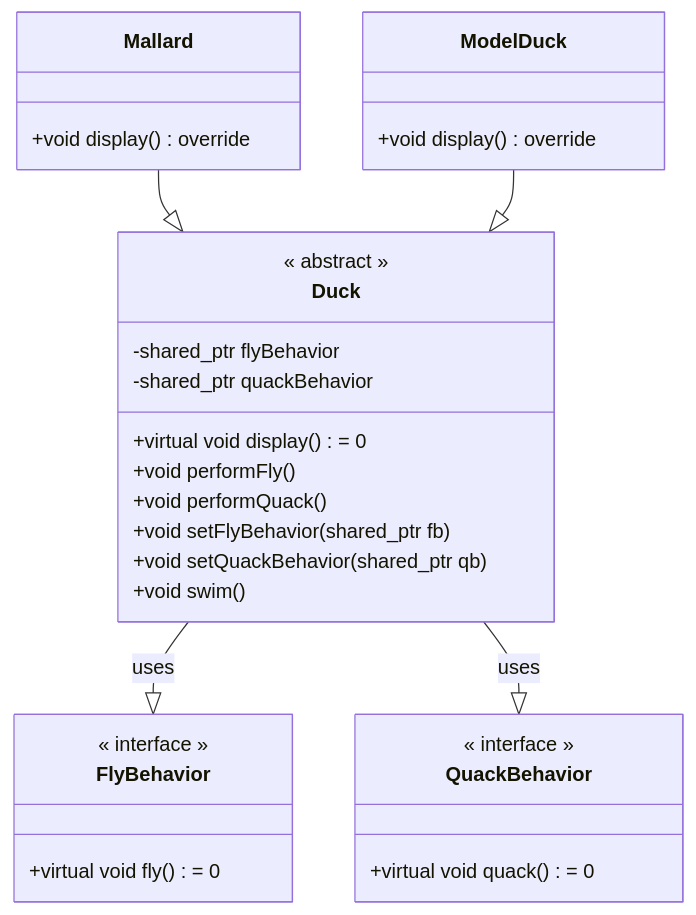
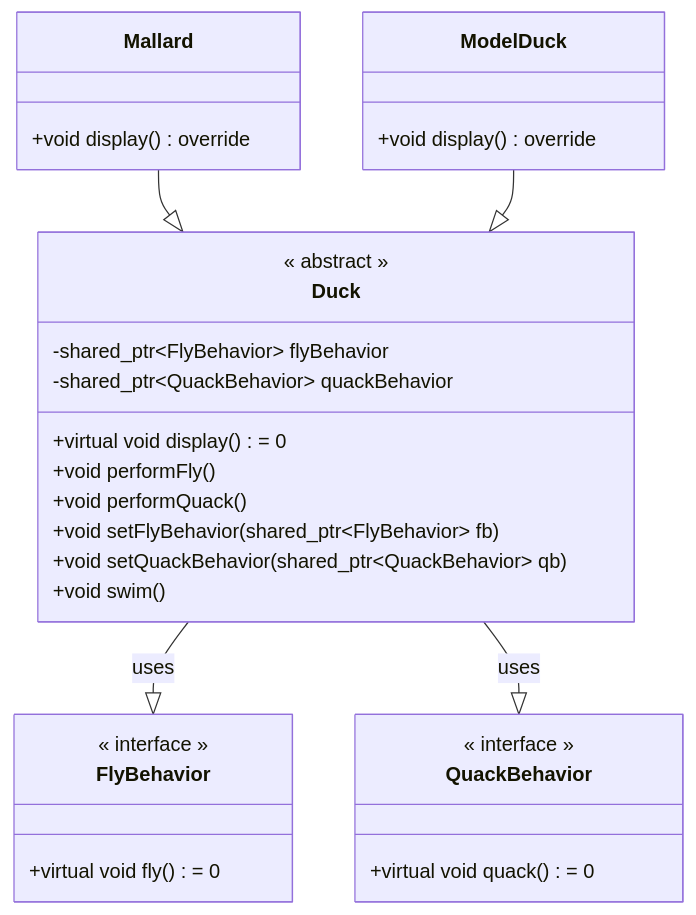
One commit to ZerolAcqua/note changed the first of 6 diagrams in docs/programming/cpp/head-first-design-pattern.md. Above: the diagram before and after it, drawn with Mermaid. The commit also changed other lines of this file, not shown here.

````diff
--- a/docs/programming/cpp/head-first-design-pattern.md
+++ b/docs/programming/cpp/head-first-design-pattern.md
@@ -25,33 +28,33 @@
 ```mermaid
 classDiagram
     class Duck {
         << abstract >>
         +virtual void display() = 0
         +void performFly()
         +void performQuack()
-        +void setFlyBehavior(shared_ptr<FlyBehavior> fb)
-        +void setQuackBehavior(shared_ptr<QuackBehavior> qb)
+        +void setFlyBehavior(shared_ptr~FlyBehavior~ fb)
+        +void setQuackBehavior(shared_ptr~QuackBehavior~ qb)
         +void swim()
-        -shared_ptr<FlyBehavior> flyBehavior
-        -shared_ptr<QuackBehavior> quackBehavior
+        -shared_ptr~FlyBehavior~ flyBehavior
+        -shared_ptr~QuackBehavior~ quackBehavior
     }
     class FlyBehavior {
         << interface >>
         +virtual void fly() = 0
     }
     class QuackBehavior {
         << interface >> 
         +virtual void quack() = 0
     }
 
     class Mallard {
         +void display() override
     }
     class ModelDuck {
         +void display() override
     }
     Duck --|> FlyBehavior : uses
     Duck --|> QuackBehavior : uses
 	Mallard --|> Duck
     ModelDuck --|> Duck
 ```
````
